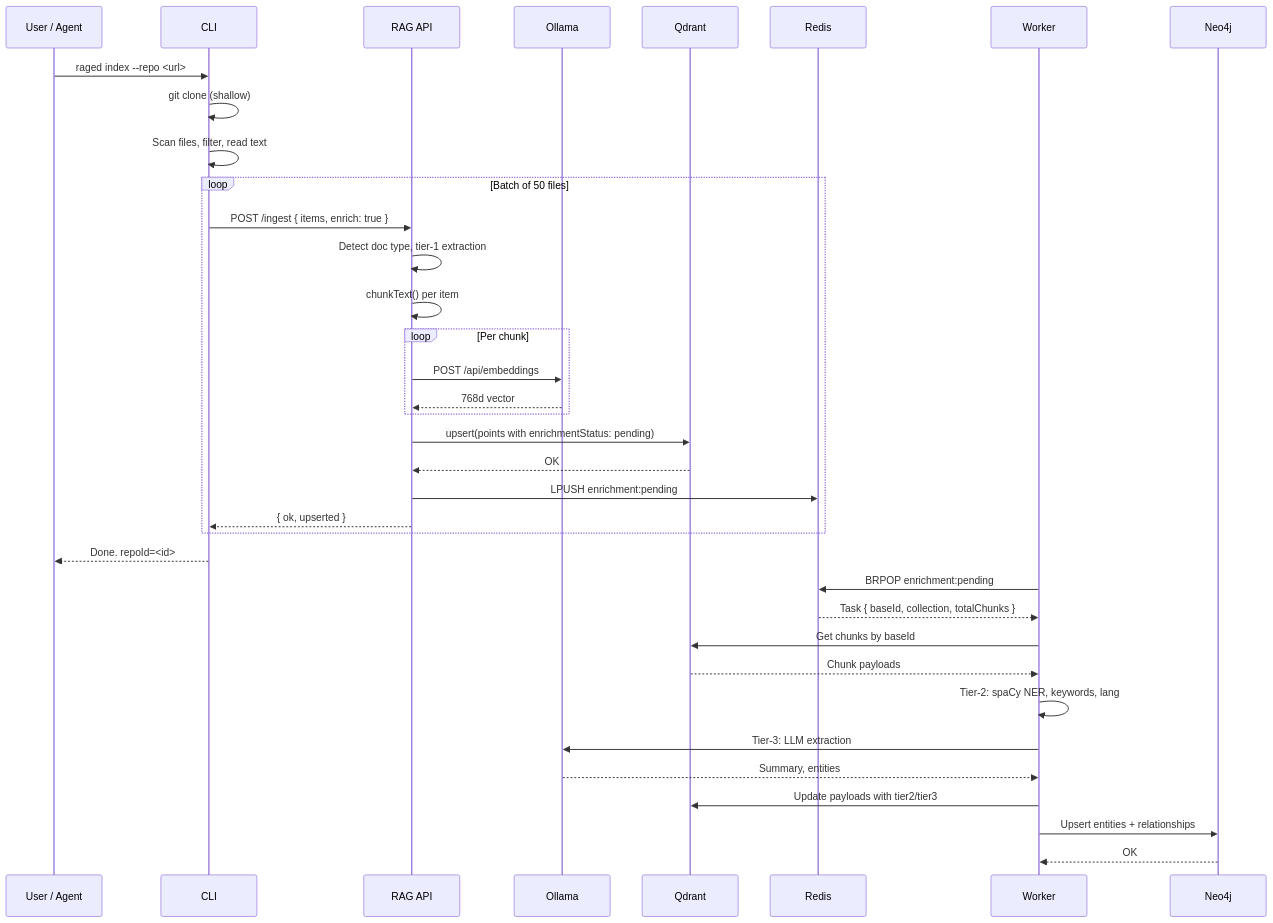
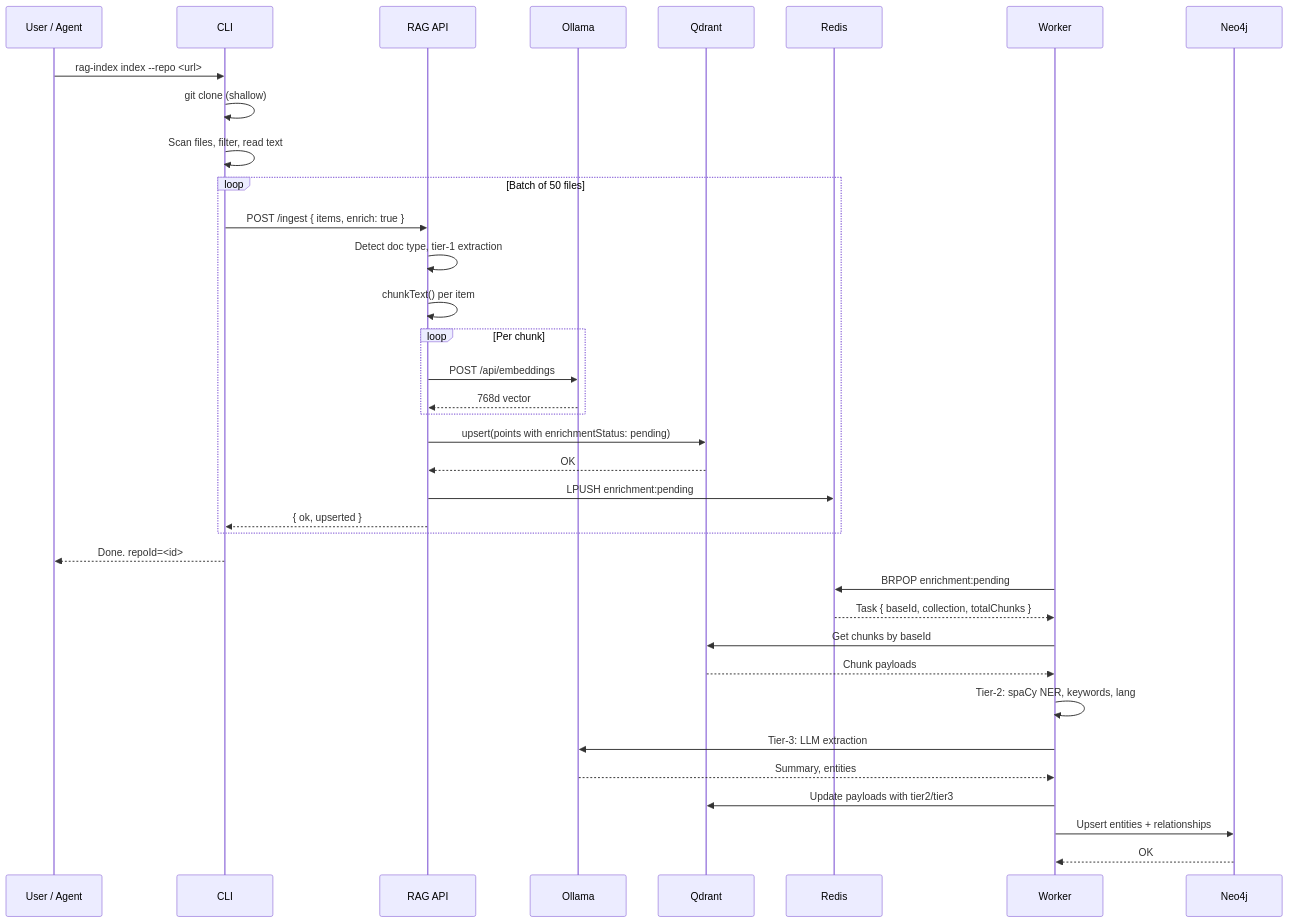
Before and after one commit to mfittko/RAGed: the third of 7 diagrams in docs/01-architecture.md, drawn with Mermaid. The commit also changed other lines of this file and 3 other files, not shown here.

````diff
--- a/docs/01-architecture.md
+++ b/docs/01-architecture.md
@@ -154,40 +154,40 @@
 ```mermaid
 sequenceDiagram
     participant U as User / Agent
     participant C as CLI
     participant A as RAG API
     participant O as Ollama
     participant Q as Qdrant
     participant R as Redis
     participant W as Worker
     participant N as Neo4j
 
-    U->>C: raged index --repo <url>
+    U->>C: rag-index index --repo <url>
     C->>C: git clone (shallow)
     C->>C: Scan files, filter, read text
     loop Batch of 50 files
         C->>A: POST /ingest { items, enrich: true }
         A->>A: Detect doc type, tier-1 extraction
         A->>A: chunkText() per item
         loop Per chunk
             A->>O: POST /api/embeddings
             O-->>A: 768d vector
         end
         A->>Q: upsert(points with enrichmentStatus: pending)
         Q-->>A: OK
         A->>R: LPUSH enrichment:pending
         A-->>C: { ok, upserted }
     end
     C-->>U: Done. repoId=<id>
     
     W->>R: BRPOP enrichment:pending
     R-->>W: Task { baseId, collection, totalChunks }
     W->>Q: Get chunks by baseId
     Q-->>W: Chunk payloads
     W->>W: Tier-2: spaCy NER, keywords, lang
     W->>O: Tier-3: LLM extraction
     O-->>W: Summary, entities
     W->>Q: Update payloads with tier2/tier3
     W->>N: Upsert entities + relationships
     N-->>W: OK
 ```
````
